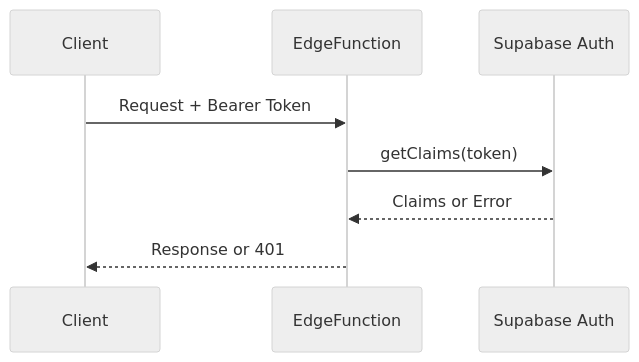
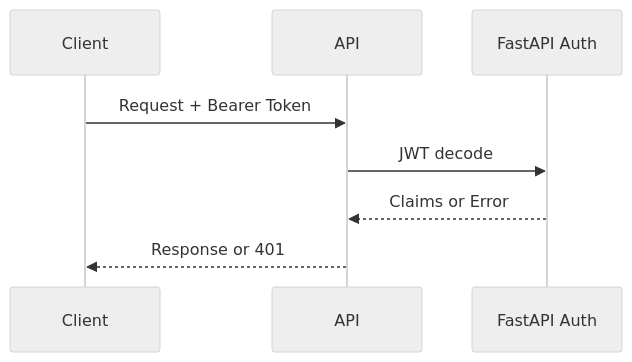
The first of 2 diagrams in API_REFERENCE.md (dcava30/Talenti_MVP), drawn with Mermaid (neutral theme) before and after one commit. The commit also changed other lines of this file and 49 other files, not shown here.

Commit message:
Update environment setup for FastAPI stack

````diff
--- a/API_REFERENCE.md
+++ b/API_REFERENCE.md
@@ -46,11 +47,11 @@
 ```mermaid
 sequenceDiagram
     participant Client
-    participant EdgeFunction
-    participant Supabase Auth
+    participant API
+    participant FastAPI Auth
     
-    Client->>EdgeFunction: Request + Bearer Token
-    EdgeFunction->>Supabase Auth: getClaims(token)
-    Supabase Auth-->>EdgeFunction: Claims or Error
-    EdgeFunction-->>Client: Response or 401
+    Client->>API: Request + Bearer Token
+    API->>FastAPI Auth: JWT decode
+    FastAPI Auth-->>API: Claims or Error
+    API-->>Client: Response or 401
 ```
````
